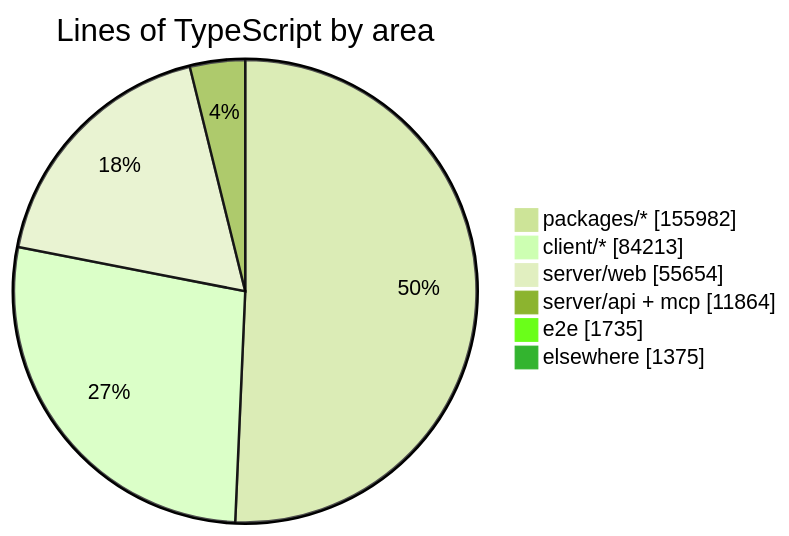
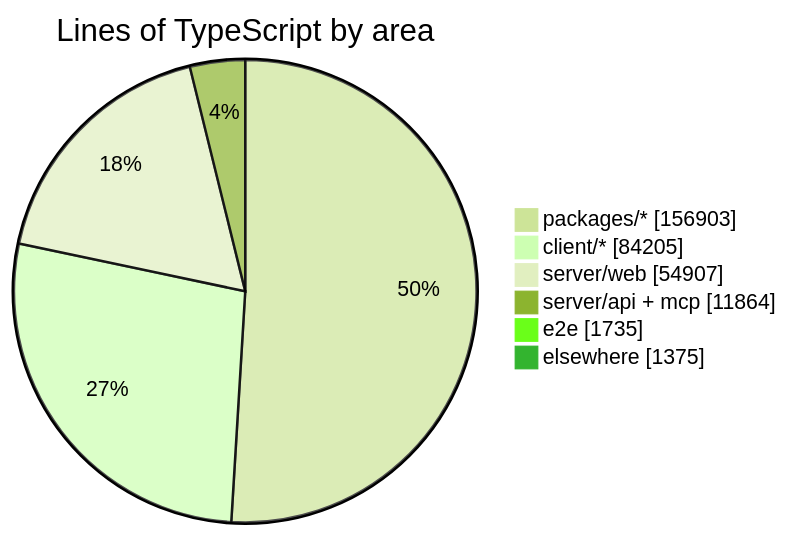
One commit to crossworks-engineering/mantle changed the diagram in README.md. Above: the diagram before and after it, drawn with Mermaid (forest theme). The commit also changed other lines of this file and 4 other files, not shown here.

````diff
--- a/README.md
+++ b/README.md
@@ -279,9 +279,9 @@
 ```mermaid
 pie showData title Lines of TypeScript by area
-    "packages/*" : 155982
-    "client/*" : 84213
-    "server/web" : 55654
+    "packages/*" : 156903
+    "client/*" : 84205
+    "server/web" : 54907
     "server/api + mcp" : 11864
     "e2e" : 1735
     "elsewhere" : 1375
 ```
````
